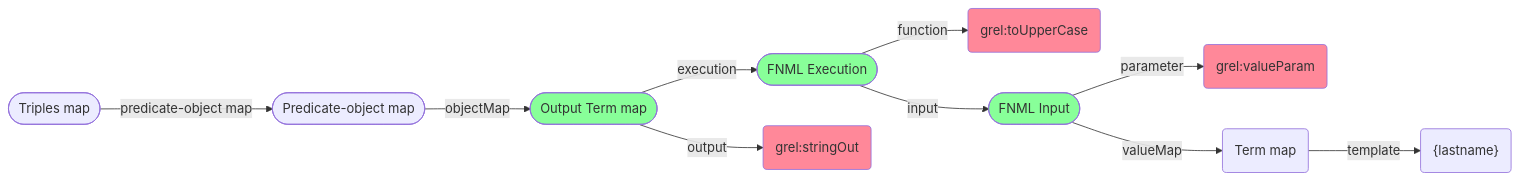
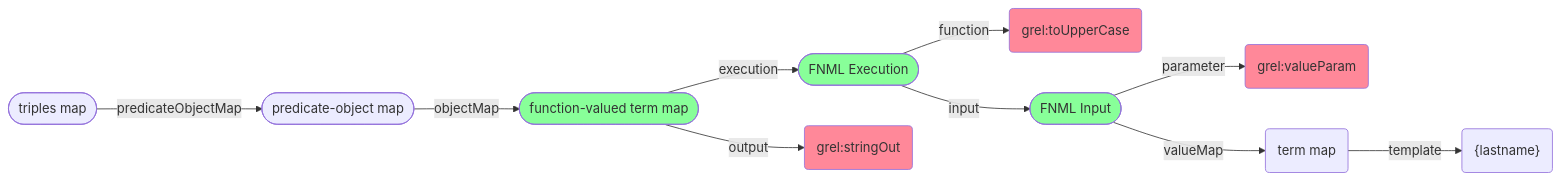
One commit to kg-construct/rml-fnml changed the diagram in diagrams/fnml.md. Above: the diagram before and after it, drawn with Mermaid. The commit also changed 9 other files, not shown here.

Commit message:
re-aligning with (R2)RML spec phrasing and example structure, removing introduction of fnml:OutputTermMap, fixing #9

````diff
--- a/diagrams/fnml.md
+++ b/diagrams/fnml.md
@@ -3,35 +3,35 @@
 ```mermaid
 graph LR
-    T3M([Triples map])
-    T3M-->|predicate-object map| POM([Predicate-object map])
+    T3M([triples map])
+    T3M-->|predicateObjectMap| POM([predicate-object map])
     POM -->|objectMap| FM
-    %% FM([Function Term map]):::fnml
-    FM([Output Term map]):::fnml
-    %% FM -->|function value| Ex([Triples map])
+    %% FM([Function term map]):::fnml
+    FM([function-valued term map]):::fnml
+    %% FM -->|function value| Ex([triples map])
     FM -->|execution| Ex([FNML Execution]):::fnml
-    %% FM -->|execution| Ex([Function Triples map]):::fnml
-    %% FM -->|function value| Ex([Function Triples map]):::fnml
+    %% FM -->|execution| Ex([Function triples map]):::fnml
+    %% FM -->|function value| Ex([Function triples map]):::fnml
     FM -->|output| J(grel:stringOut):::fno
     Ex -->|function| Fn(grel:toUpperCase):::fno
-    %% Ex -->|predicate-object map| ExPOM([Predicate-object map])
+    %% Ex -->|predicateObjectMap| ExPOM([predicate-object map])
     %% ExPOM -->|predicate| ExP(fno:executes):::fno
     %% ExPOM -->|object map| ExO([Object map])
     %% ExO -->|constant| ExO1(grel:toUpperCase):::fno
     Ex -->|input| ParamPOM([FNML Input]):::fnml
-    %% Ex -->|predicate-object map| ParamPOM([Predicate-object map])
+    %% Ex -->|predicateObjectMap| ParamPOM([predicate-object map])
     ParamPOM -->|parameter| P2(grel:valueParam):::fno
-    ParamPOM -->|valueMap| O1(Term map)
+    ParamPOM -->|valueMap| O1(term map)
     %% ParamPOM -->|predicate| P2(grel:str_value):::fno
     %% ParamPOM -->|object map| O1([Object map])
     O1 --> |template| Ot1("{lastname}"):::kfno
     %% ParamPOM -->|objectMap| ROM([ReferencingObjectMap])
     %% ROM -->|parentTriplesMap| PT3M([TriplesMap]):::ls2
     %% ROM -->|joinCondition| JC([JoinCondition])
     %% ROM -->|joinResultTerm| JTM("{parentsource_value}"):::ls2
     %% JC -->|childTerm| ChTM([TermMap]):::ls2
     %% JC -->|parentTerm| PaTM([TermMap]):::ls2
     classDef fnml fill:#8F9
     classDef fno fill:#F89
     classDef rml fill:#89F
     classDef ls2 fill:#09F
 ```
````
